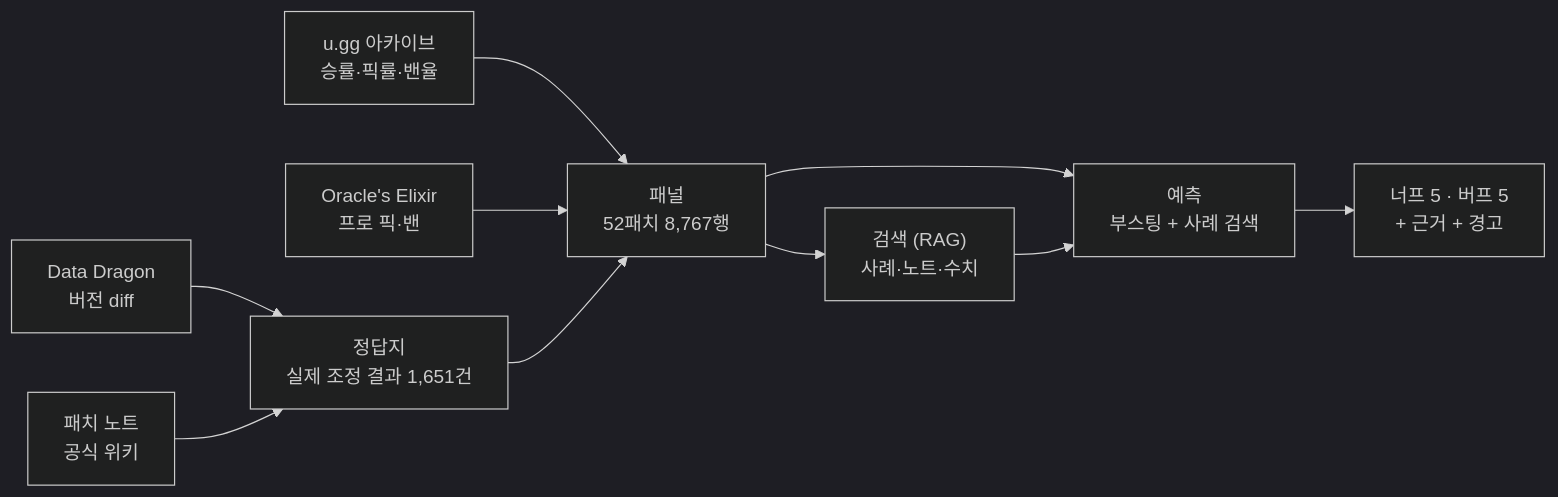
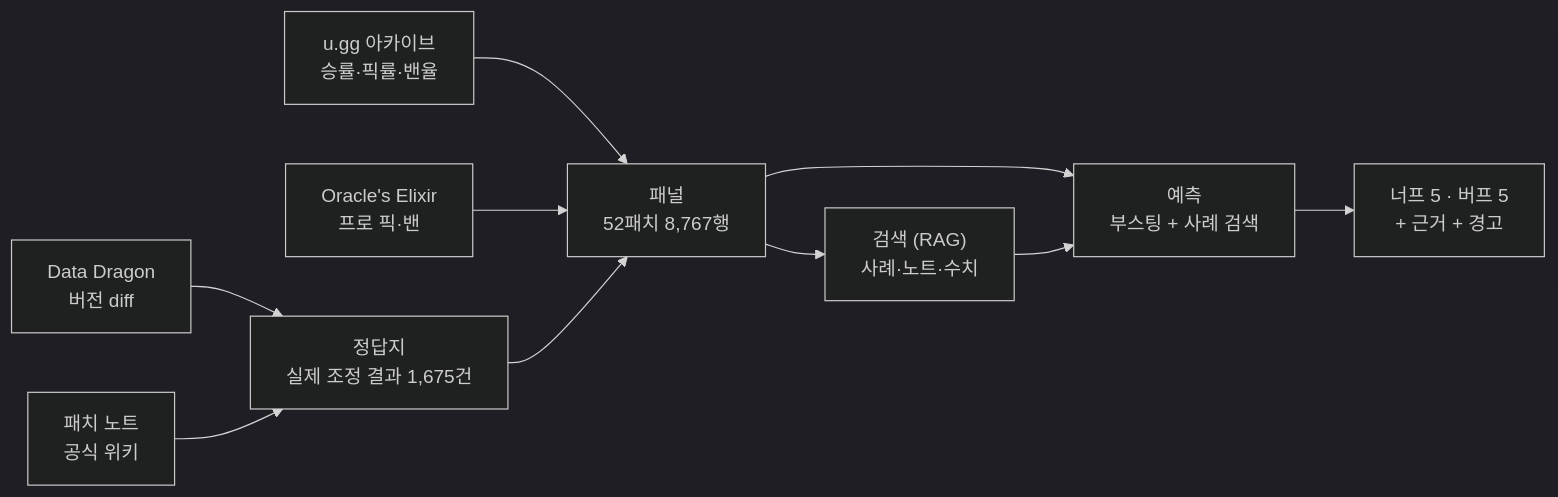
One commit to SangMyeong5426/LOL_BALANCE_PROJECT changed the diagram in README.md. Above: the diagram before and after it, drawn with Mermaid (dark theme). The commit also changed other lines of this file and 6 other files, not shown here.

````diff
--- a/README.md
+++ b/README.md
@@ -30,12 +30,12 @@
 ```mermaid
 flowchart LR
   U["u.gg 아카이브<br/>승률·픽률·밴율"] --> P
   O["Oracle's Elixir<br/>프로 픽·밴"] --> P["패널<br/>52패치 8,767행"]
-  D["Data Dragon<br/>버전 diff"] --> L["정답지<br/>실제 조정 결과 1,651건"]
+  D["Data Dragon<br/>버전 diff"] --> L["정답지<br/>실제 조정 결과 1,675건"]
   N["패치 노트<br/>공식 위키"] --> L
   L --> P
   P --> R["검색 (RAG)<br/>사례·노트·수치"]
   P --> M["예측<br/>부스팅 + 사례 검색"]
   R --> M
   M --> W["너프 5 · 버프 5<br/>+ 근거 + 경고"]
 ```
````
